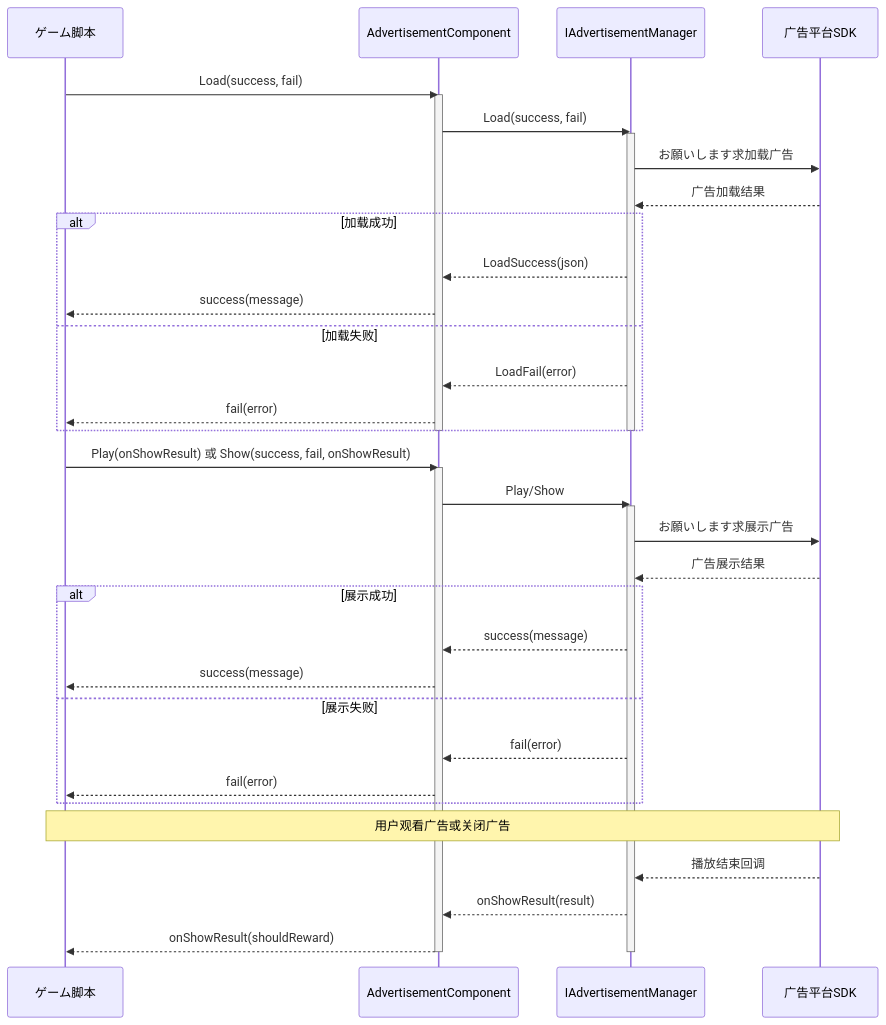
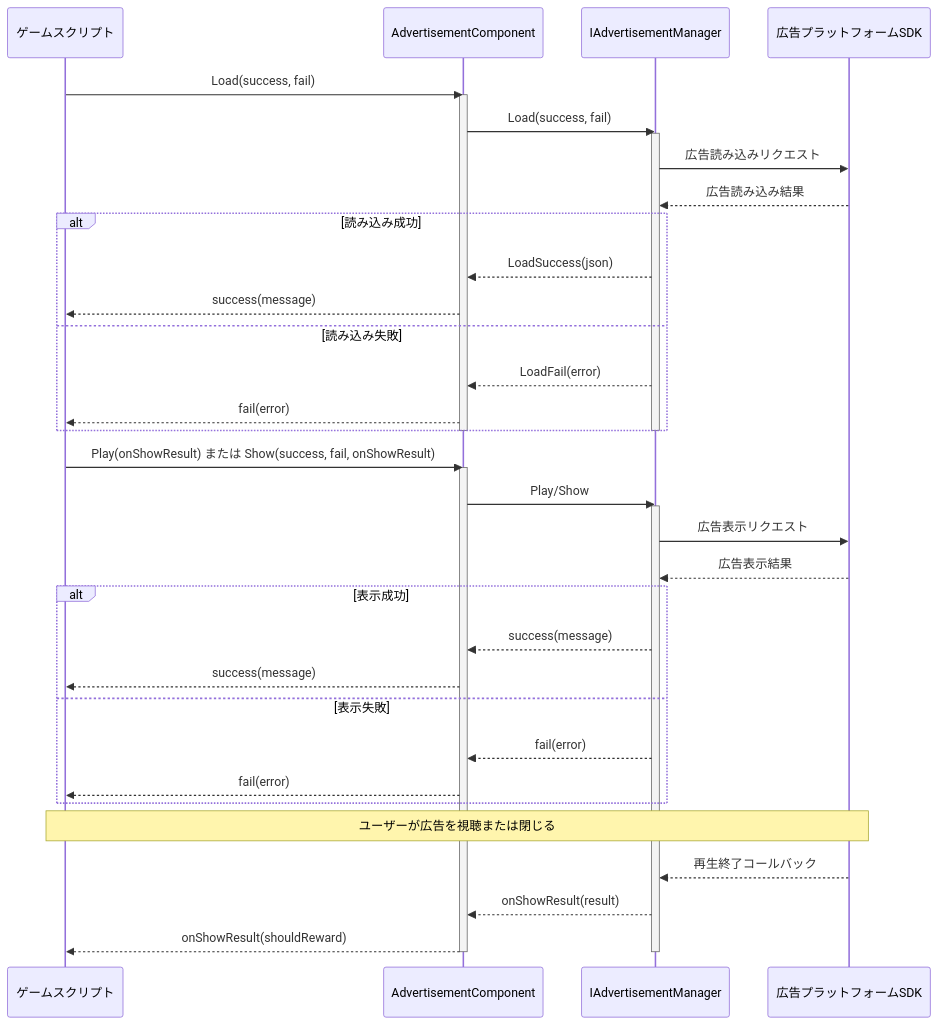
The second of 2 diagrams in docs/ja/client/unity/component/advertisement/03.getting-started.md (AlianBlank/GameFrameX.Docs), drawn with Mermaid before and after one commit. The commit also changed other lines of this file and 320 other files, not shown here.

````diff
--- a/docs/ja/client/unity/component/advertisement/03.getting-started.md
+++ b/docs/ja/client/unity/component/advertisement/03.getting-started.md
@@ -278,44 +278,44 @@
 ```mermaid
 sequenceDiagram
-    participant Game as ゲーム脚本
+    participant Game as ゲームスクリプト
     participant AdComp as AdvertisementComponent
     participant Mgr as IAdvertisementManager
-    participant SDK as 广告平台SDK
+    participant SDK as 広告プラットフォームSDK
 
     Game->>AdComp: Load(success, fail)
     activate AdComp
     AdComp->>Mgr: Load(success, fail)
     activate Mgr
-    Mgr->>SDK: お願いします求加载广告
-    SDK-->>Mgr: 广告加载结果
-    alt 加载成功
+    Mgr->>SDK: 広告読み込みリクエスト
+    SDK-->>Mgr: 広告読み込み結果
+    alt 読み込み成功
         Mgr-->>AdComp: LoadSuccess(json)
         AdComp-->>Game: success(message)
-    else 加载失败
+    else 読み込み失敗
         Mgr-->>AdComp: LoadFail(error)
         AdComp-->>Game: fail(error)
     end
     deactivate Mgr
     deactivate AdComp
 
-    Game->>AdComp: Play(onShowResult) 或 Show(success, fail, onShowResult)
+    Game->>AdComp: Play(onShowResult) または Show(success, fail, onShowResult)
     activate AdComp
     AdComp->>Mgr: Play/Show
     activate Mgr
-    Mgr->>SDK: お願いします求展示广告
-    SDK-->>Mgr: 广告展示结果
-    alt 展示成功
+    Mgr->>SDK: 広告表示リクエスト
+    SDK-->>Mgr: 広告表示結果
+    alt 表示成功
         Mgr-->>AdComp: success(message)
         AdComp-->>Game: success(message)
-    else 展示失败
+    else 表示失敗
         Mgr-->>AdComp: fail(error)
         AdComp-->>Game: fail(error)
     end
-    
-    Note over Game,SDK: 用户观看广告或关闭广告
-    SDK-->>Mgr: 播放结束回调
+
+    Note over Game,SDK: ユーザーが広告を視聴または閉じる
+    SDK-->>Mgr: 再生終了コールバック
     Mgr-->>AdComp: onShowResult(result)
     AdComp-->>Game: onShowResult(shouldReward)
     deactivate Mgr
     deactivate AdComp
 ```
````
